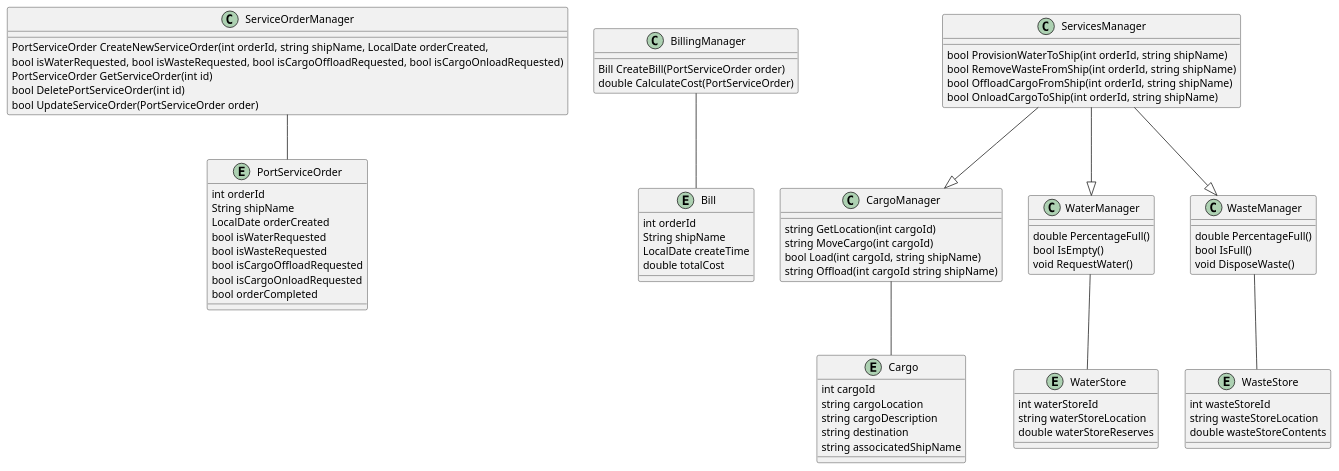
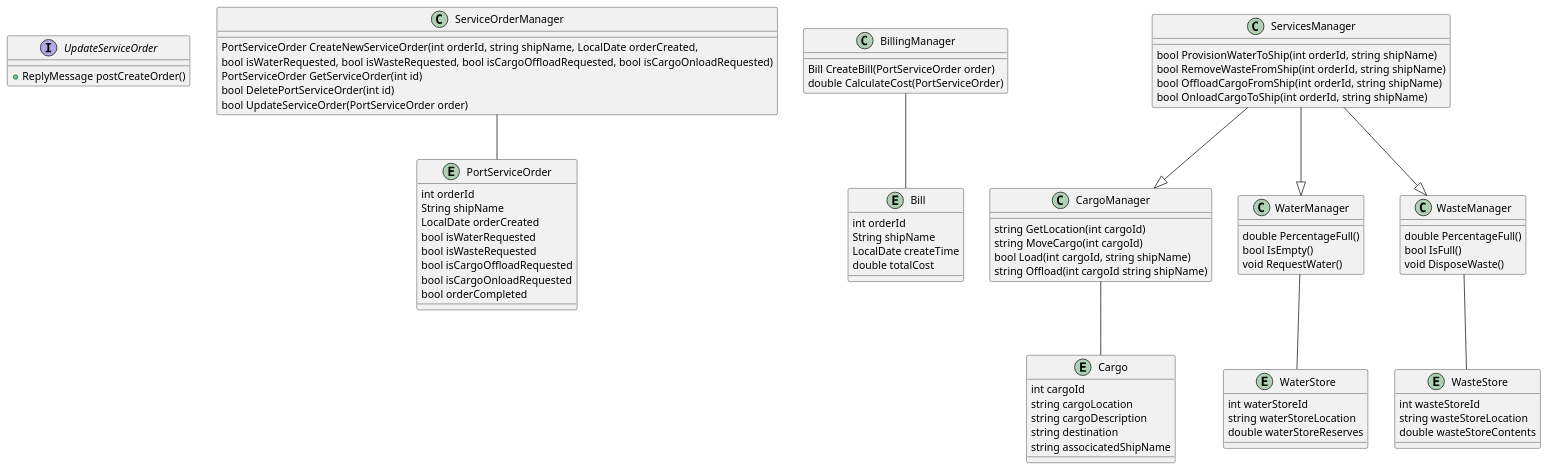
The diagram in designs/UML/Stevedores_plantuml.puml (JoaoSoaresBota/StevedoreAppB), drawn with PlantUML before and after one commit. The commit also changed 8 other files, not shown here.

Commit message:
add new uml

```diff
--- a/designs/UML/Stevedores_plantuml.puml
+++ b/designs/UML/Stevedores_plantuml.puml
@@ -1,90 +1,95 @@
 @startuml
+
+interface UpdateServiceOrder{
+    +ReplyMessage postCreateOrder()
+}
+
 entity PortServiceOrder {
     int orderId
     String shipName
     LocalDate orderCreated
     bool isWaterRequested
     bool isWasteRequested
     bool isCargoOffloadRequested
     bool isCargoOnloadRequested
     bool orderCompleted
 }
 
 entity Bill {
     int orderId
     String shipName
     LocalDate createTime
     double totalCost
 }
 
 entity Cargo {
     int cargoId
     string cargoLocation
     string cargoDescription
     string destination
     string associcatedShipName
 }
 
 entity WaterStore {
     int waterStoreId
     string waterStoreLocation
     double waterStoreReserves
 }
 
 entity WasteStore {
     int wasteStoreId
     string wasteStoreLocation
     double wasteStoreContents
 }
 
 
 ServiceOrderManager -- PortServiceOrder
 BillingManager -- Bill
 ServicesManager --|> CargoManager
 ServicesManager --|> WaterManager
 ServicesManager --|> WasteManager
 CargoManager -- Cargo
 WaterManager -- WaterStore
 WasteManager -- WasteStore
 
 class ServiceOrderManager {
     PortServiceOrder CreateNewServiceOrder(int orderId, string shipName, LocalDate orderCreated, 
     bool isWaterRequested, bool isWasteRequested, bool isCargoOffloadRequested, bool isCargoOnloadRequested)
         PortServiceOrder GetServiceOrder(int id)
     bool DeletePortServiceOrder(int id)
     bool UpdateServiceOrder(PortServiceOrder order)
 }
 
 class BillingManager {
     Bill CreateBill(PortServiceOrder order)
     double CalculateCost(PortServiceOrder)
 }
 
 class ServicesManager {
     bool ProvisionWaterToShip(int orderId, string shipName)
     bool RemoveWasteFromShip(int orderId, string shipName)
     bool OffloadCargoFromShip(int orderId, string shipName)
     bool OnloadCargoToShip(int orderId, string shipName)
 }
 
 class CargoManager {
     string GetLocation(int cargoId)
     string MoveCargo(int cargoId)
     bool Load(int cargoId, string shipName)
     string Offload(int cargoId string shipName)
 }
 
 class WaterManager {
     double PercentageFull()
     bool IsEmpty()
     void RequestWater()
 }
 
 class WasteManager {
     double PercentageFull()
     bool IsFull()
     void DisposeWaste()
 }
 
 
 @enduml
```
